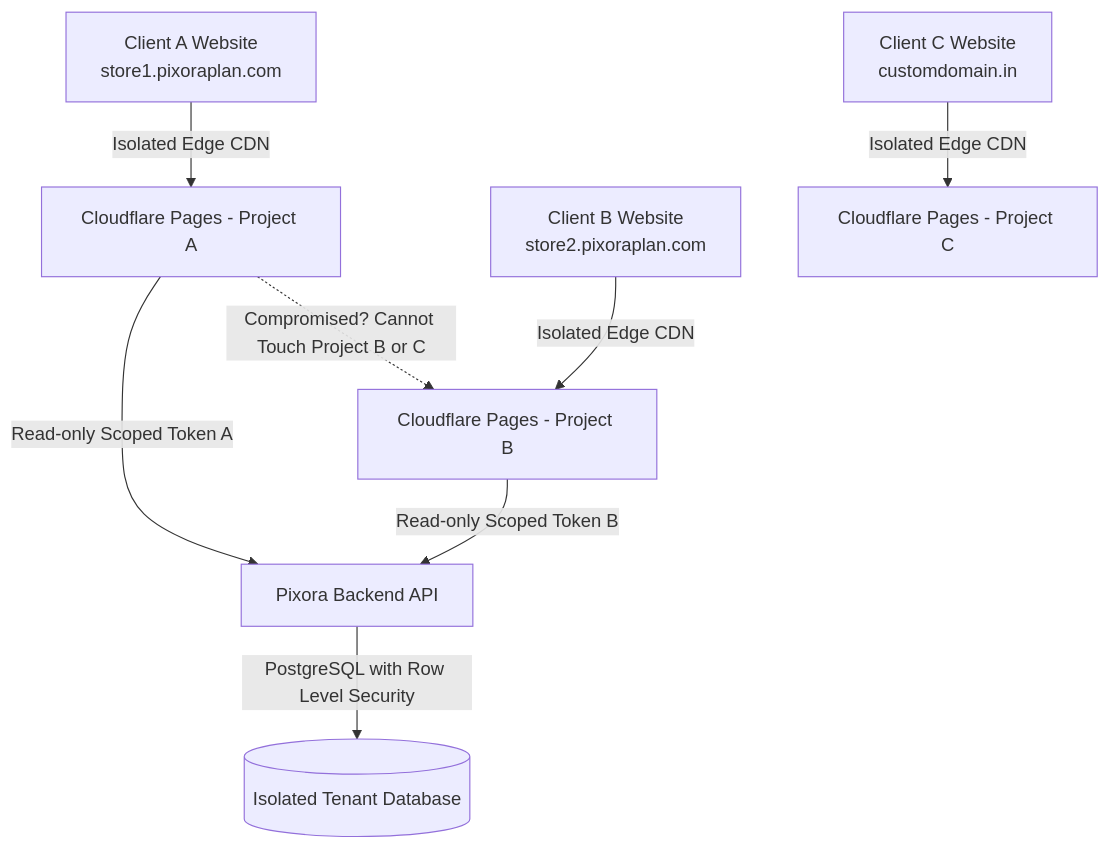
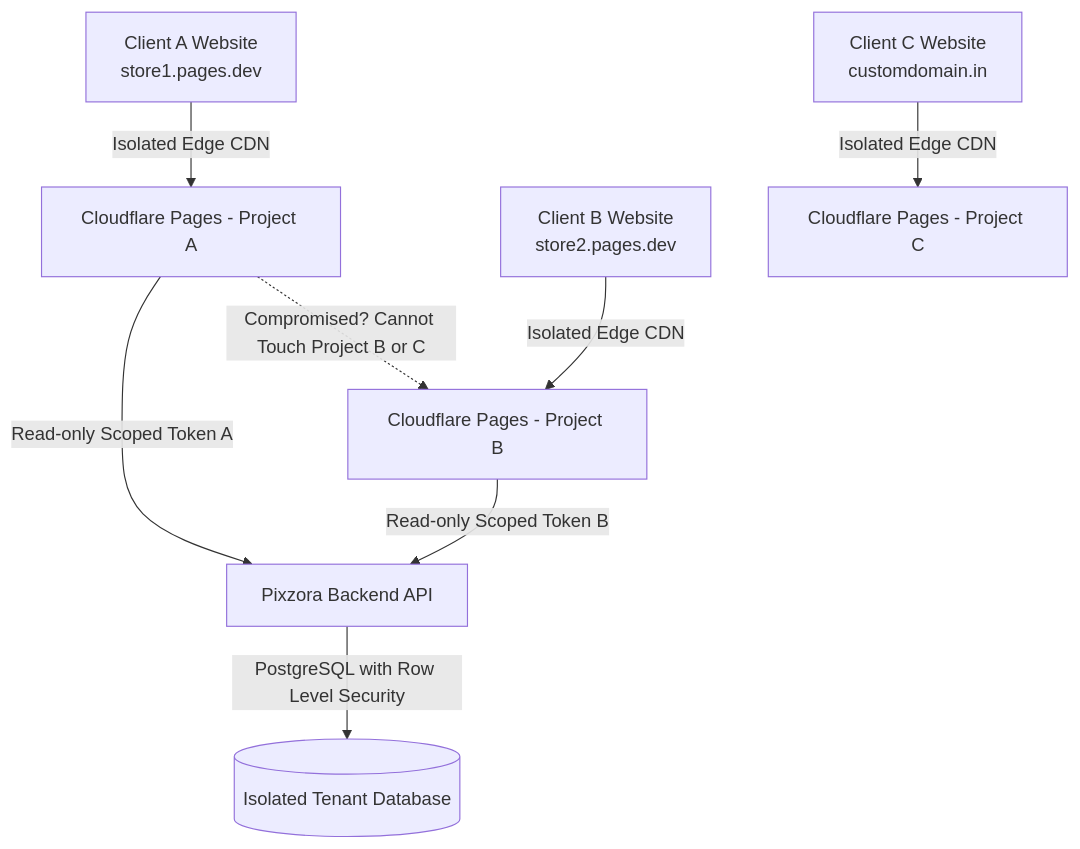
One commit to Zee4451/pixzora changed the diagram in pixoraplan_business_plan.md. Above: the diagram before and after it, drawn with Mermaid. The commit also changed other lines of this file and 3 other files, not shown here.

Commit message:
Replace remaining Pixora mentions with Pixzora across project

````diff
--- a/pixoraplan_business_plan.md
+++ b/pixoraplan_business_plan.md
@@ -23,12 +23,12 @@
 ```mermaid
 graph TD
-    ClientA[Client A Website\nstore1.pixoraplan.com] -->|Isolated Edge CDN| CDN_A[Cloudflare Pages - Project A]
-    ClientB[Client B Website\nstore2.pixoraplan.com] -->|Isolated Edge CDN| CDN_B[Cloudflare Pages - Project B]
+    ClientA[Client A Website\nstore1.pages.dev] -->|Isolated Edge CDN| CDN_A[Cloudflare Pages - Project A]
+    ClientB[Client B Website\nstore2.pages.dev] -->|Isolated Edge CDN| CDN_B[Cloudflare Pages - Project B]
     ClientC[Client C Website\ncustomdomain.in] -->|Isolated Edge CDN| CDN_C[Cloudflare Pages - Project C]
     
     CDN_A -.->|Compromised? Cannot Touch Project B or C| CDN_B
-    CDN_A -->|Read-only Scoped Token A| API[Pixora Backend API]
+    CDN_A -->|Read-only Scoped Token A| API[Pixzora Backend API]
     CDN_B -->|Read-only Scoped Token B| API
     
     API -->|PostgreSQL with Row Level Security| DB[(Isolated Tenant Database)]
 ```
````
